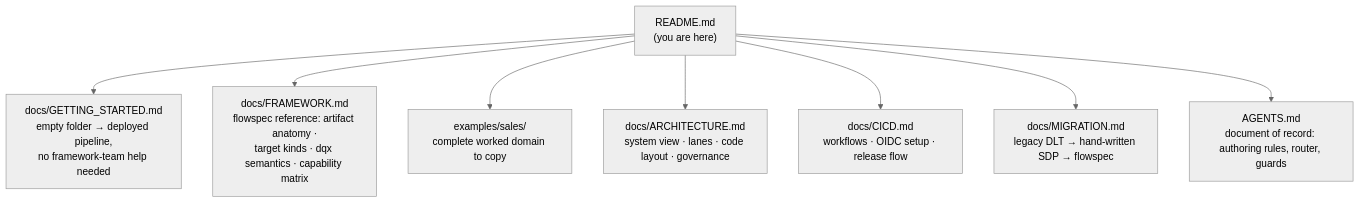
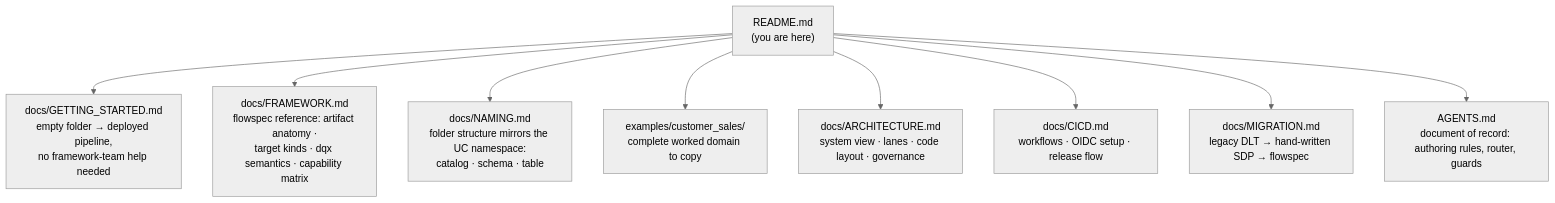
Before and after one commit to Vegash09/Demo_Lab: the second of 3 diagrams in README.md, drawn with Mermaid (neutral theme). The commit also changed other lines of this file and 65 other files, not shown here.

First line of the commit message:
Naming: folder paths mirror the UC namespace; sales example becomes customer_sales

````diff
--- a/README.md
+++ b/README.md
@@ -49,10 +49,11 @@
 ```mermaid
 flowchart TD
     README["README.md<br/>(you are here)"] --> GS["docs/GETTING_STARTED.md<br/>empty folder → deployed pipeline,<br/>no framework-team help needed"]
     README --> FWK["docs/FRAMEWORK.md<br/>flowspec reference: artifact anatomy ·<br/>target kinds · dqx semantics · capability matrix"]
-    README --> EX["examples/sales/<br/>complete worked domain to copy"]
+    README --> NAM["docs/NAMING.md<br/>folder structure mirrors the UC namespace:<br/>catalog · schema · table"]
+    README --> EX["examples/customer_sales/<br/>complete worked domain to copy"]
     README --> ARCH["docs/ARCHITECTURE.md<br/>system view · lanes · code layout · governance"]
     README --> CICD["docs/CICD.md<br/>workflows · OIDC setup · release flow"]
     README --> MIG["docs/MIGRATION.md<br/>legacy DLT → hand-written SDP → flowspec"]
     README --> AGENTS["AGENTS.md<br/>document of record: authoring rules, router, guards"]
 ```
````
